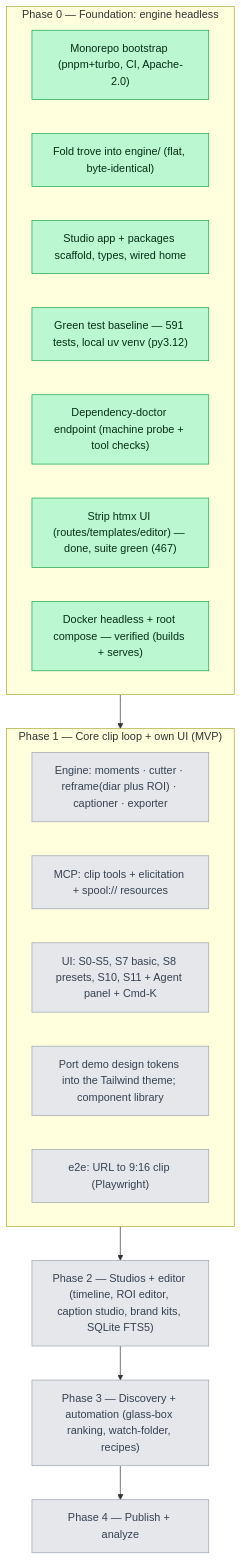
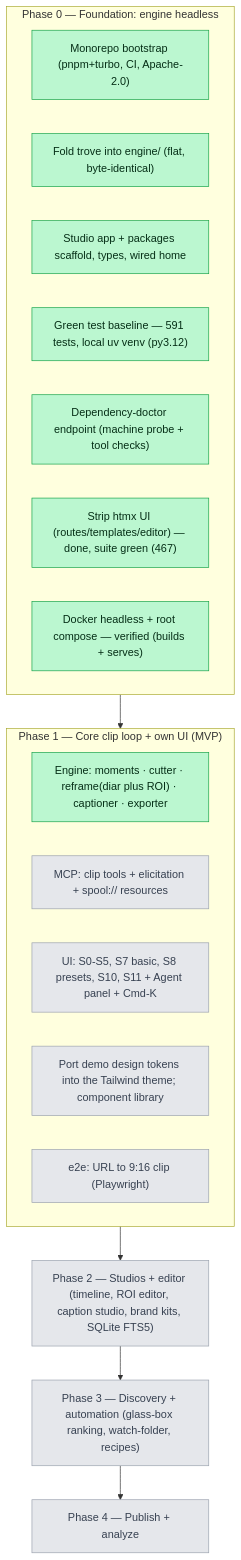
One commit to afk1997/spool-editor changed the diagram in docs/PROGRESS.md. Above: the diagram before and after it, drawn with Mermaid. The commit also changed other lines of this file and 4 other files, not shown here.

First line of the commit message:
feat(engine): clip.moments + pluggable LLM provider layer (Phase 1)

````diff
--- a/docs/PROGRESS.md
+++ b/docs/PROGRESS.md
@@ -11,28 +12,28 @@
 ```mermaid
 graph TD
     subgraph P0["Phase 0 — Foundation: engine headless"]
       B0["Monorepo bootstrap (pnpm+turbo, CI, Apache-2.0)"]:::done
       B1["Fold trove into engine/ (flat, byte-identical)"]:::done
       B2["Studio app + packages scaffold, types, wired home"]:::done
       B3["Green test baseline — 591 tests, local uv venv (py3.12)"]:::done
       B5["Dependency-doctor endpoint (machine probe + tool checks)"]:::done
       B4["Strip htmx UI (routes/templates/editor) — done, suite green (467)"]:::done
       B6["Docker headless + root compose — verified (builds + serves)"]:::done
     end
     subgraph P1["Phase 1 — Core clip loop + own UI (MVP)"]
-      C1["Engine: moments · cutter · reframe(diar plus ROI) · captioner · exporter"]:::todo
+      C1["Engine: moments · cutter · reframe(diar plus ROI) · captioner · exporter"]:::done
       C2["MCP: clip tools + elicitation + spool:// resources"]:::todo
       C3["UI: S0-S5, S7 basic, S8 presets, S10, S11 + Agent panel + Cmd-K"]:::todo
       C4["Port demo design tokens into the Tailwind theme; component library"]:::todo
       C5["e2e: URL to 9:16 clip (Playwright)"]:::todo
     end
     P2["Phase 2 — Studios + editor (timeline, ROI editor, caption studio, brand kits, SQLite FTS5)"]:::todo
     P3["Phase 3 — Discovery + automation (glass-box ranking, watch-folder, recipes)"]:::todo
     P4["Phase 4 — Publish + analyze"]:::todo
 
     P0 --> P1 --> P2 --> P3 --> P4
 
     classDef done fill:#bbf7d0,stroke:#16a34a,color:#052e16;
     classDef wip  fill:#fde68a,stroke:#d97706,color:#451a03;
     classDef todo fill:#e5e7eb,stroke:#9ca3af,color:#374151;
 ```
````
